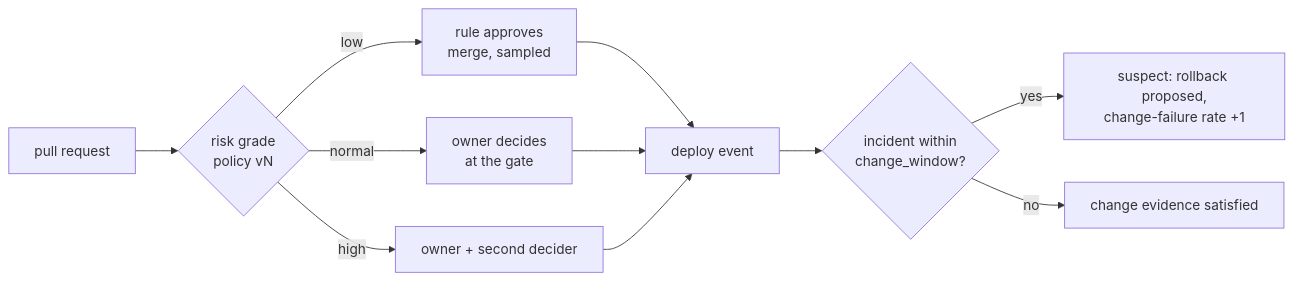
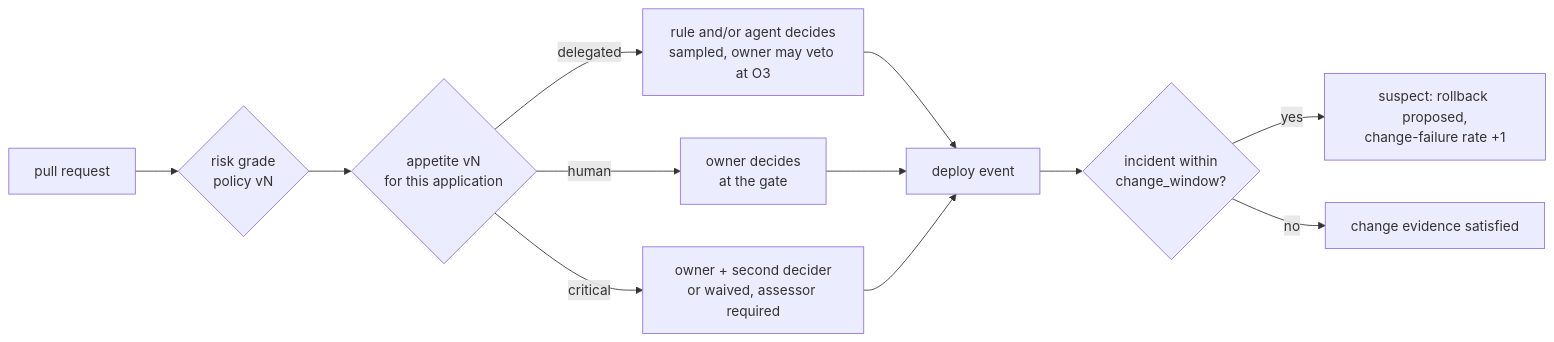
The diagram in docs/practices.md (fps4/maestro), drawn with Mermaid before and after one commit. The commit also changed other lines of this file and 7 other files, not shown here.

First line of the commit message:
ADR-0031 (proposed): risk appetite per application decides who decides at each grade; an agent decides only where it is delegated (#78)

````diff
--- a/docs/practices.md
+++ b/docs/practices.md
@@ -78,10 +84,11 @@
 ```mermaid
 flowchart LR
   PR[pull request] --> G{risk grade<br/>policy vN}
-  G -- low --> R[rule approves<br/>merge, sampled]
-  G -- normal --> O[owner decides<br/>at the gate]
-  G -- high --> T[owner + second decider]
+  G --> A{appetite vN<br/>for this application}
+  A -- delegated --> R[rule and/or agent decides<br/>sampled, owner may veto at O3]
+  A -- human --> O[owner decides<br/>at the gate]
+  A -- critical --> T[owner + second decider<br/>or waived, assessor required]
   R & O & T --> D[deploy event] --> W{incident within<br/>change_window?}
   W -- yes --> S[suspect: rollback proposed,<br/>change-failure rate +1]
   W -- no --> C[change evidence satisfied]
 ```
````
